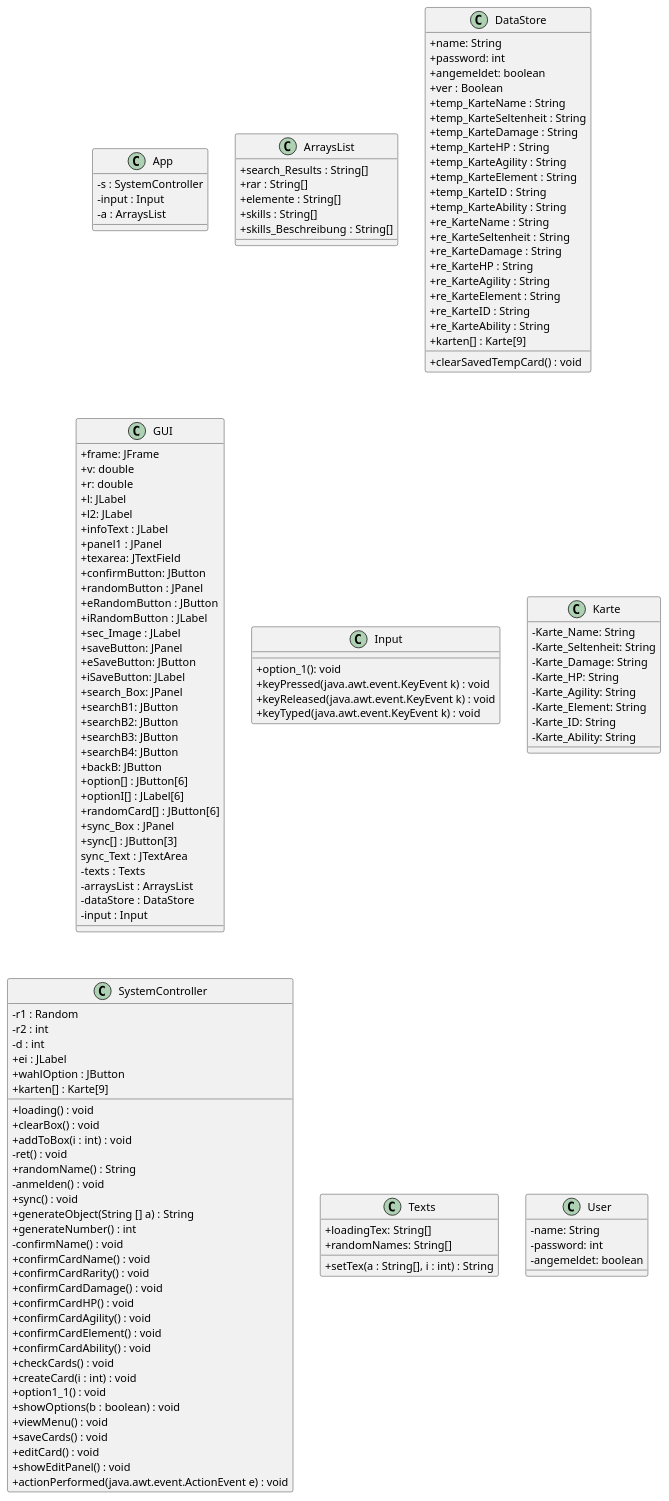
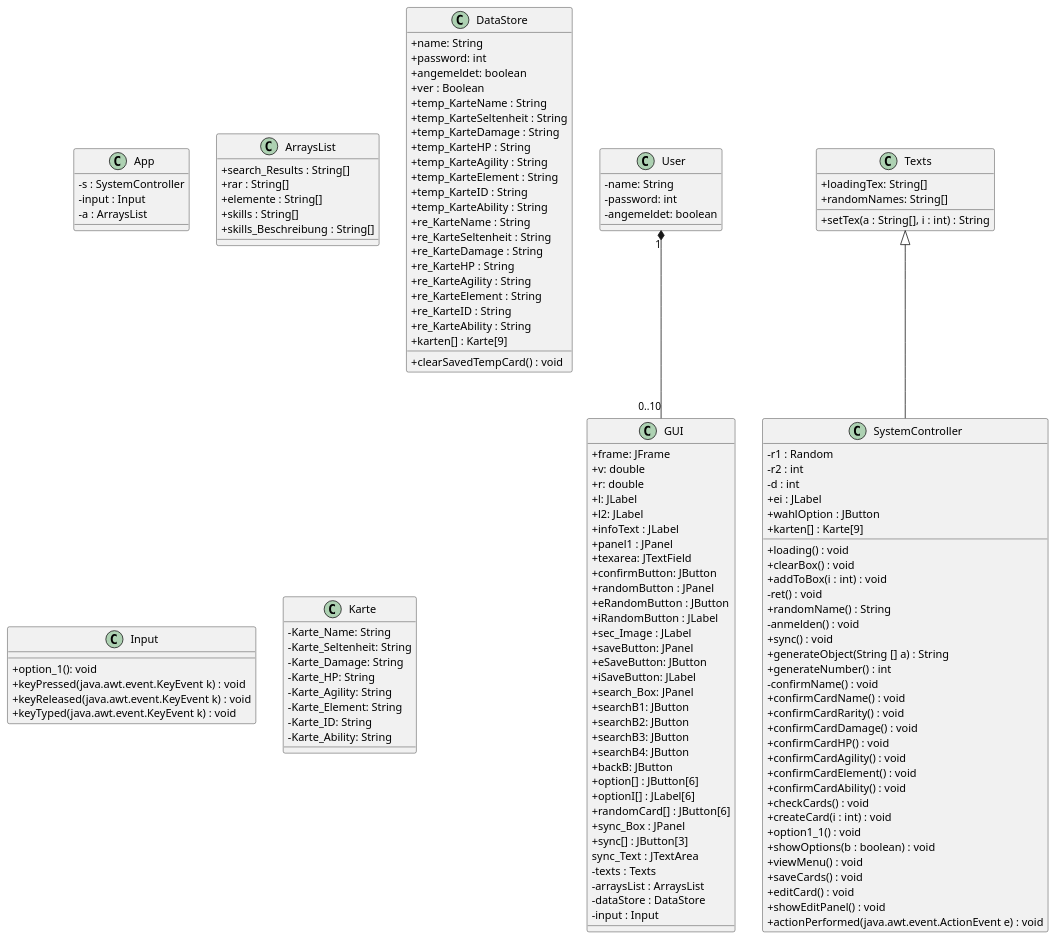
One commit to teach404W/Verwaltungssoftware_Team_2 changed the diagram in Docs/Pflichtenheft/Diagramme/Klassendiagramm.iuml. Above: the diagram before and after it, drawn with PlantUML. The commit also changed 1 other file, not shown here.

```diff
--- a/Docs/Pflichtenheft/Diagramme/Klassendiagramm.iuml
+++ b/Docs/Pflichtenheft/Diagramme/Klassendiagramm.iuml
@@ -1,156 +1,157 @@
 @startuml
 skinparam classAttributeIconSize 0
 
 class App{
  -s : SystemController
  -input : Input
  -a : ArraysList
 }
 
 
 
 class ArraysList{
 +search_Results : String[]
 +rar : String[]
 +elemente : String[]
 +skills : String[]
 +skills_Beschreibung : String[]
 
  }
  
  class DataStore{
  +name: String
  +password: int
  +angemeldet: boolean
  +ver : Boolean
  +temp_KarteName : String
  +temp_KarteSeltenheit : String
  +temp_KarteDamage : String
  +temp_KarteHP : String
  +temp_KarteAgility : String
  +temp_KarteElement : String
  +temp_KarteID : String
  +temp_KarteAbility : String    
  +re_KarteName : String
  +re_KarteSeltenheit : String
  +re_KarteDamage : String
  +re_KarteHP : String
  +re_KarteAgility : String
  +re_KarteElement : String
  +re_KarteID : String
  +re_KarteAbility : String
  +karten[] : Karte[9]
  +clearSavedTempCard() : void
 }
 
 
 
 
 
 class GUI{
  +frame: JFrame
  +v: double
  +r: double
  +l: JLabel
  +l2: JLabel
  +infoText : JLabel
  +panel1 : JPanel
  +texarea: JTextField
  +confirmButton: JButton
  +randomButton : JPanel
  +eRandomButton : JButton
  +iRandomButton : JLabel
  +sec_Image : JLabel
  +saveButton: JPanel
  +eSaveButton: JButton
  +iSaveButton: JLabel
  +search_Box: JPanel
  +searchB1: JButton
  +searchB2: JButton
  +searchB3: JButton
  +searchB4: JButton
  +backB: JButton
  +option[] : JButton[6]
  +optionI[] : JLabel[6]
  +randomCard[] : JButton[6]
  +sync_Box : JPanel
  +sync[] : JButton[3]
  sync_Text : JTextArea
  -texts : Texts
  -arraysList : ArraysList
  -dataStore : DataStore
  -input : Input
 
 }
 
 
 class Input{
  +option_1(): void
  +keyPressed(java.awt.event.KeyEvent k) : void
  +keyReleased(java.awt.event.KeyEvent k) : void
  +keyTyped(java.awt.event.KeyEvent k) : void
 }
 
 class Karte{
  -Karte_Name: String
  -Karte_Seltenheit: String
  -Karte_Damage: String
  -Karte_HP: String
  -Karte_Agility: String
  -Karte_Element: String
  -Karte_ID: String
  -Karte_Ability: String
 
 }
 
 class SystemController{
 -r1 : Random
 -r2 : int
 -d : int
 +ei : JLabel
 +wahlOption : JButton
  +karten[] : Karte[9]
  +loading() : void
  +clearBox() : void
  +addToBox(i : int) : void
  -ret() : void
  +randomName() : String
  -anmelden() : void
  +sync() : void
  +generateObject(String [] a) : String
  +generateNumber() : int
  -confirmName() : void
  +confirmCardName() : void
  +confirmCardRarity() : void
  +confirmCardDamage() : void
  +confirmCardHP() : void
  +confirmCardAgility() : void
  +confirmCardElement() : void
  +confirmCardAbility() : void
  +checkCards() : void
  +createCard(i : int) : void
  +option1_1() : void
  +showOptions(b : boolean) : void
  +viewMenu() : void
  +saveCards() : void
  +editCard() : void
  +showEditPanel() : void
  +actionPerformed(java.awt.event.ActionEvent e) : void
 }
 
 
 class Texts{
 +loadingTex: String[]
 +randomNames: String[]
 +setTex(a : String[], i : int) : String
 }
 
 class User{
  -name: String
  -password: int
  -angemeldet: boolean
 }
 
-
+User "1" *-- "0..10" GUI
+Texts <|-- SystemController
 
 @enduml
```
